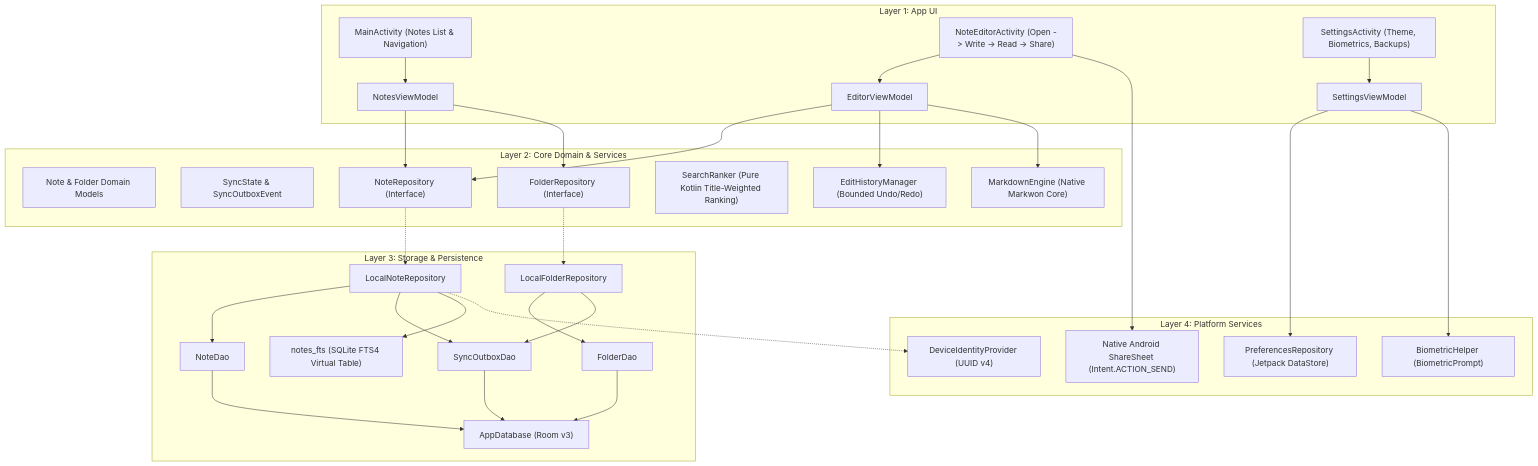
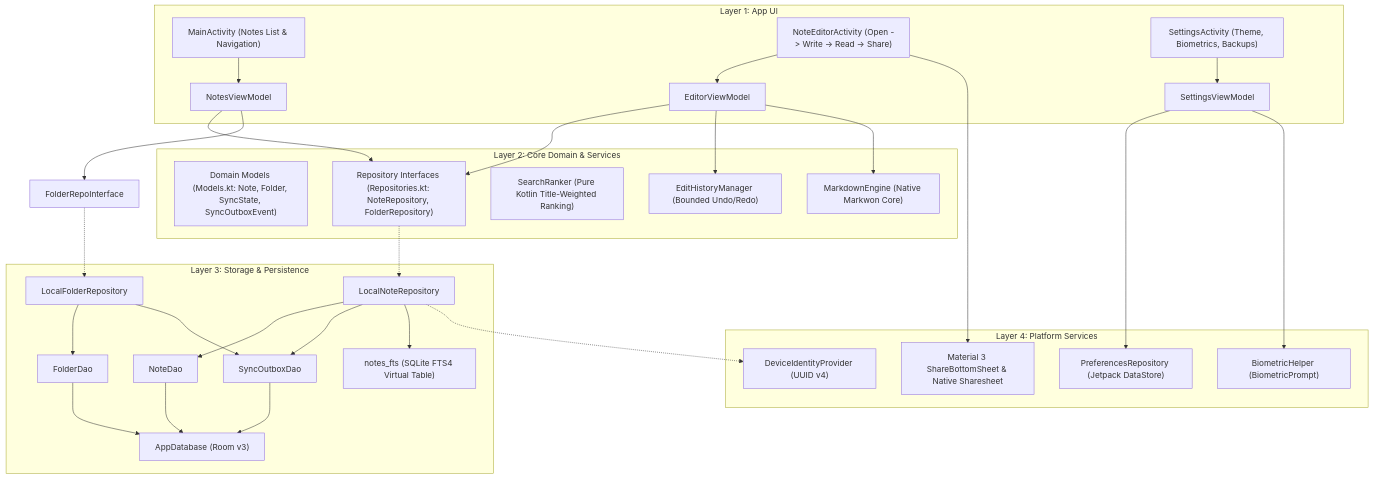
One commit to mt1240405/LightNotes changed the diagram in docs/ARCHITECTURE.md. Above: the diagram before and after it, drawn with Mermaid. The commit also changed other lines of this file and 27 other files, not shown here.

````diff
--- a/docs/ARCHITECTURE.md
+++ b/docs/ARCHITECTURE.md
@@ -15,66 +15,64 @@
 ```mermaid
 graph TD
     subgraph Layer 1: App UI
         MainActivity["MainActivity (Notes List & Navigation)"]
         NoteEditorActivity["NoteEditorActivity (Open -> Write -> Read -> Share)"]
         SettingsActivity["SettingsActivity (Theme, Biometrics, Backups)"]
         NotesViewModel["NotesViewModel"]
         EditorViewModel["EditorViewModel"]
         SettingsViewModel["SettingsViewModel"]
     end
 
     subgraph Layer 2: Core Domain & Services
-        NoteModel["Note & Folder Domain Models"]
-        SyncStateEnum["SyncState & SyncOutboxEvent"]
-        NoteRepoInterface["NoteRepository (Interface)"]
-        FolderRepoInterface["FolderRepository (Interface)"]
+        NoteModel["Domain Models (Models.kt: Note, Folder, SyncState, SyncOutboxEvent)"]
+        NoteRepoInterface["Repository Interfaces (Repositories.kt: NoteRepository, FolderRepository)"]
         SearchRanker["SearchRanker (Pure Kotlin Title-Weighted Ranking)"]
         EditHistoryMgr["EditHistoryManager (Bounded Undo/Redo)"]
         MarkdownEng["MarkdownEngine (Native Markwon Core)"]
     end
 
     subgraph Layer 3: Storage & Persistence
         LocalNoteRepo["LocalNoteRepository"]
         LocalFolderRepo["LocalFolderRepository"]
         AppDb["AppDatabase (Room v3)"]
         NoteDao["NoteDao"]
         FolderDao["FolderDao"]
         SyncOutboxDao["SyncOutboxDao"]
         NotesFts["notes_fts (SQLite FTS4 Virtual Table)"]
     end
 
     subgraph Layer 4: Platform Services
         DeviceIdentity["DeviceIdentityProvider (UUID v4)"]
         PrefsRepo["PreferencesRepository (Jetpack DataStore)"]
         BiometricHlp["BiometricHelper (BiometricPrompt)"]
-        NativeShare["Native Android ShareSheet (Intent.ACTION_SEND)"]
+        NativeShare["Material 3 ShareBottomSheet & Native Sharesheet"]
     end
 
     MainActivity --> NotesViewModel
     NoteEditorActivity --> EditorViewModel
     SettingsActivity --> SettingsViewModel
 
     NotesViewModel --> NoteRepoInterface
     NotesViewModel --> FolderRepoInterface
     EditorViewModel --> NoteRepoInterface
     EditorViewModel --> EditHistoryMgr
     EditorViewModel --> MarkdownEng
 
     NoteRepoInterface -.-> LocalNoteRepo
     FolderRepoInterface -.-> LocalFolderRepo
 
     LocalNoteRepo --> NoteDao
     LocalNoteRepo --> SyncOutboxDao
     LocalNoteRepo --> NotesFts
     LocalFolderRepo --> FolderDao
     LocalFolderRepo --> SyncOutboxDao
 
     NoteDao --> AppDb
     FolderDao --> AppDb
     SyncOutboxDao --> AppDb
 
     LocalNoteRepo -.-> DeviceIdentity
     SettingsViewModel --> PrefsRepo
     SettingsViewModel --> BiometricHlp
     NoteEditorActivity --> NativeShare
 ```
````
